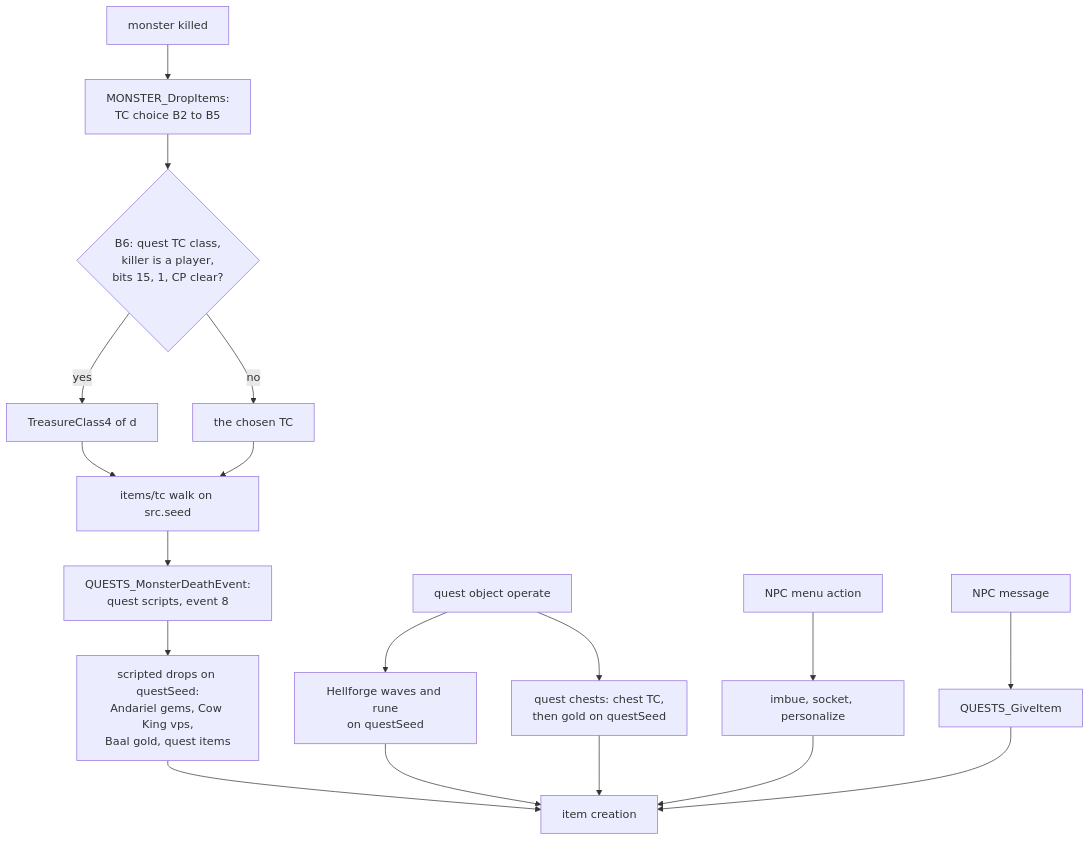
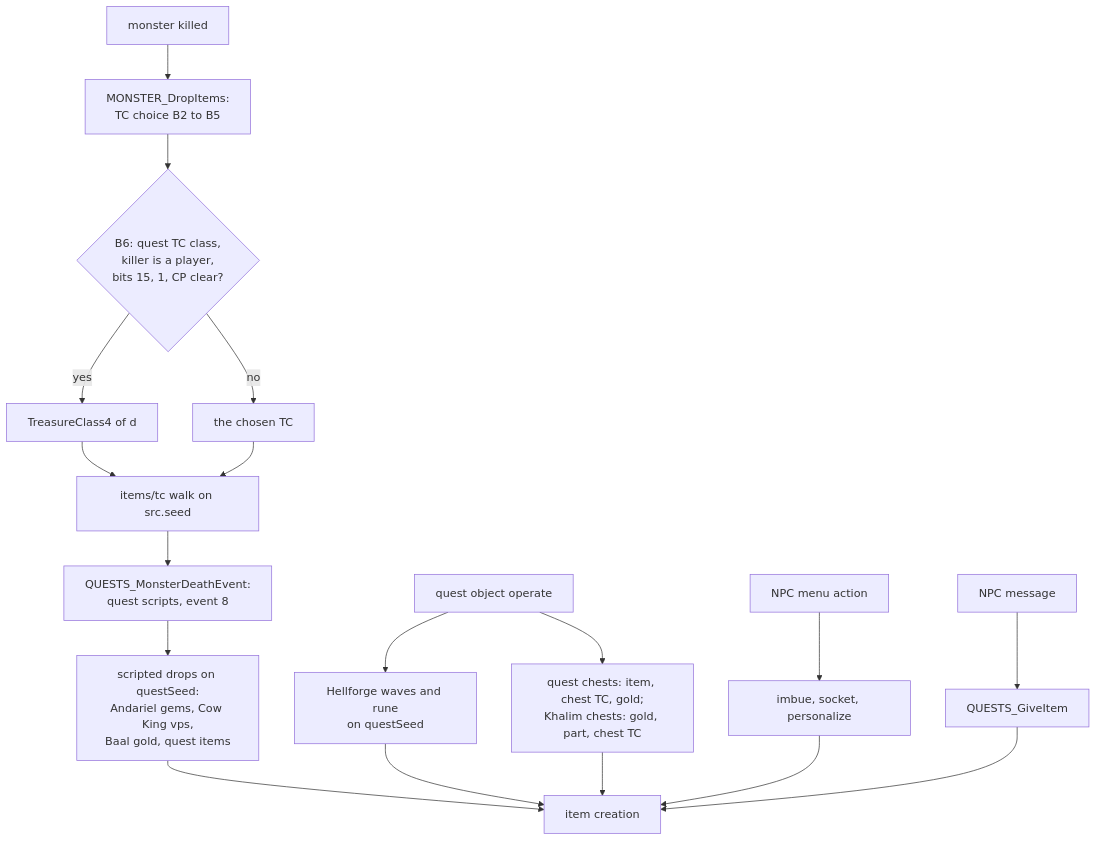
One commit to IgorKonovalov/diablo-2-recompilation changed the first of 6 diagrams in docs/specs/items/quest-drops.md. Above: the diagram before and after it, drawn with Mermaid. The commit also changed other lines of this file and 17 other files, not shown here.

````diff
--- a/docs/specs/items/quest-drops.md
+++ b/docs/specs/items/quest-drops.md
@@ -95,20 +95,20 @@
 ```mermaid
 flowchart TD
   kill["monster killed"] --> drop["MONSTER_DropItems:<br/>TC choice B2 to B5"]
   drop --> b6{"B6: quest TC class,<br/>killer is a player,<br/>bits 15, 1, CP clear?"}
   b6 -->|yes| tc4["TreasureClass4 of d"]
   b6 -->|no| tcx["the chosen TC"]
   tc4 --> walk["items/tc walk on src.seed"]
   tcx --> walk
   walk --> ev["QUESTS_MonsterDeathEvent:<br/>quest scripts, event 8"]
   ev --> sd["scripted drops on questSeed:<br/>Andariel gems, Cow King vps,<br/>Baal gold, quest items"]
   op["quest object operate"] --> forge["Hellforge waves and rune<br/>on questSeed"]
-  op --> chest["quest chests: chest TC,<br/>then gold on questSeed"]
+  op --> chest["quest chests: item, chest TC, gold;<br/>Khalim chests: gold, part, chest TC"]
   npc["NPC menu action"] --> svc["imbue, socket, personalize"]
   npcmsg["NPC message"] --> give["QUESTS_GiveItem"]
   sd --> ic["item creation"]
   forge --> ic
   chest --> ic
   svc --> ic
   give --> ic
 ```
````
